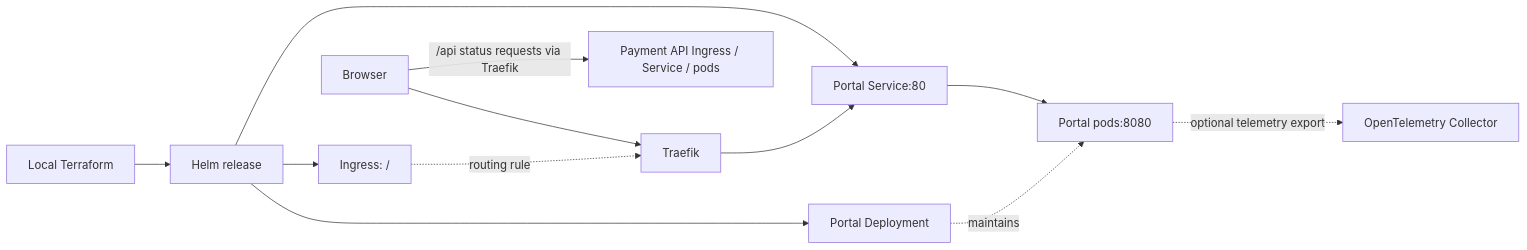
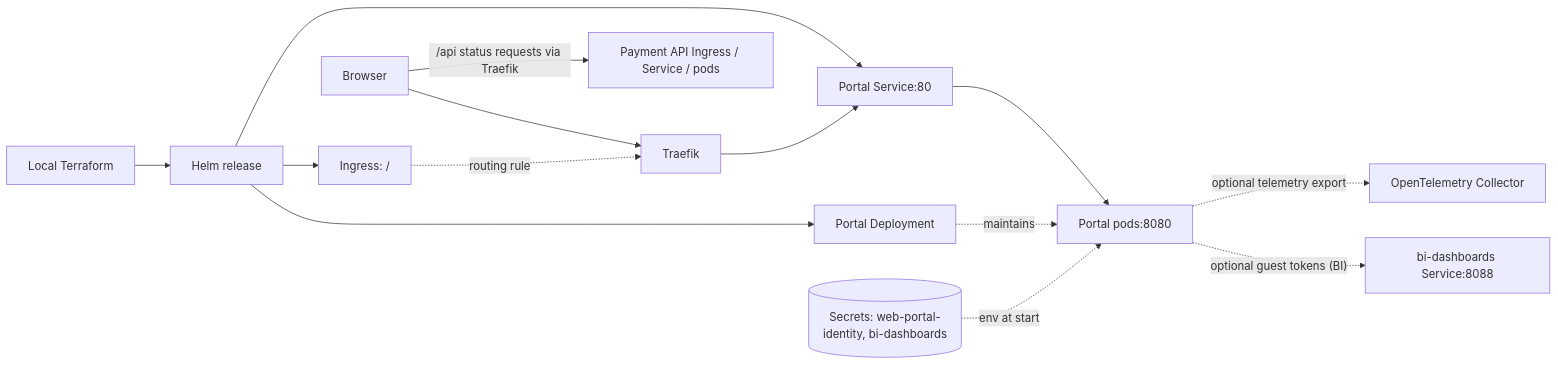
One commit to varunpathania86/realtime-payment-platform changed the second of 2 diagrams in modules/web-portal/chart/README.md. Above: the diagram before and after it, drawn with Mermaid. The commit also changed other lines of this file and 71 other files, not shown here.

````diff
--- a/modules/web-portal/chart/README.md
+++ b/modules/web-portal/chart/README.md
@@ -35,13 +37,15 @@
 ```mermaid
 flowchart LR
     TF["Local Terraform"] --> H["Helm release"]
     H --> D["Portal Deployment"]
     H --> I["Ingress: /"]
     H --> S["Portal Service:80"]
     B["Browser"] --> T["Traefik"]
     I -. "routing rule" .-> T
     T --> S --> P["Portal pods:8080"]
     D -. "maintains" .-> P
     B -- "/api status requests via Traefik" --> A["Payment API Ingress / Service / pods"]
     P -. "optional telemetry export" .-> O["OpenTelemetry Collector"]
+    P -. "optional guest tokens (BI)" .-> SS["bi-dashboards Service:8088"]
+    K[("Secrets: web-portal-identity, bi-dashboards")] -. "env at start" .-> P
 ```
````
